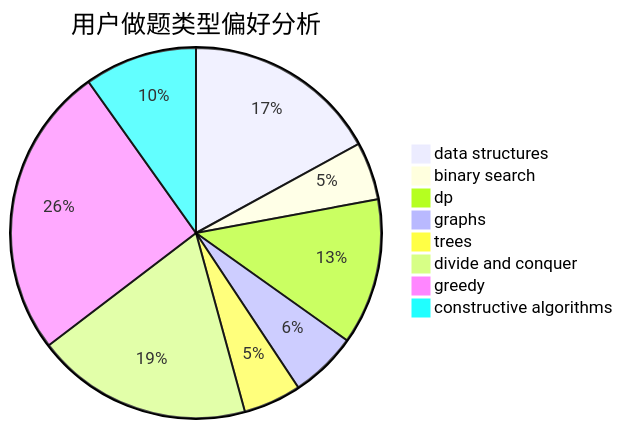
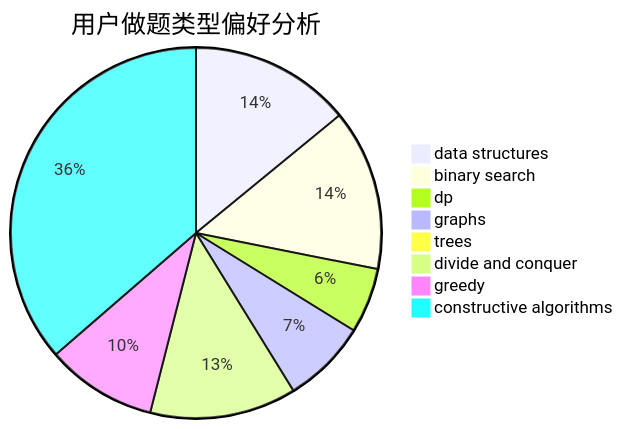
The second of 3 diagrams in docs/user/u1430.md (sherpahu/cfrs.github.io), drawn with Mermaid before and after one commit. The commit also changed other lines of this file and 2770 other files, not shown here.

````diff
--- a/docs/user/u1430.md
+++ b/docs/user/u1430.md
@@ -23,11 +23,11 @@
 ```mermaid
 pie title 用户做题类型偏好分析
-    "data structures" :  64
-    "binary search" :  19
-    "dp" :  48
-    "graphs" :  22
-    "trees" :  19
-    "divide and conquer" :  71
-    "greedy" :  96
-    "constructive algorithms" :  37
+    "data structures" :  99
+    "binary search" :  99
+    "dp" :  40
+    "graphs" :  52
+    "trees" :  0
+    "divide and conquer" :  90
+    "greedy" :  68
+    "constructive algorithms" :  256
 ```
````
